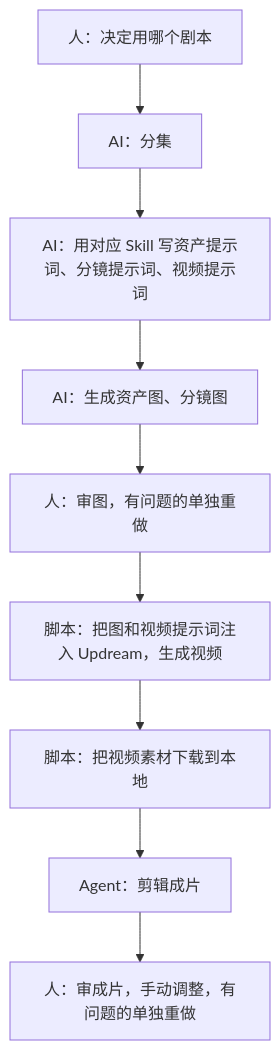
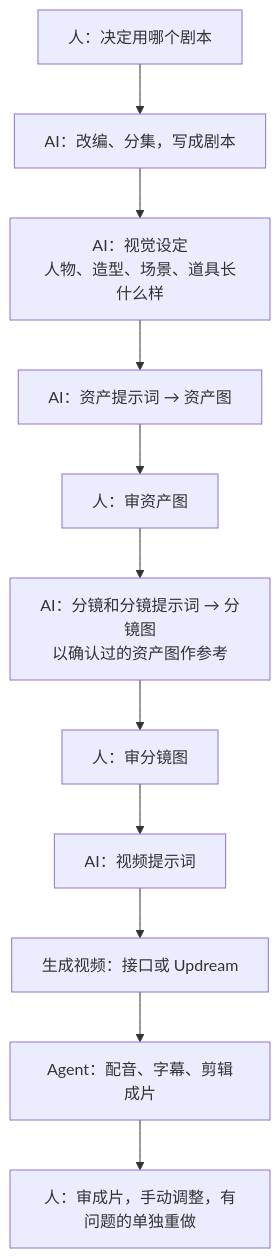
The diagram in docs/03-方案设想.md (76776198xiong-stack/duanju-workflow), drawn with Mermaid before and after one commit. The commit also changed other lines of this file and 3 other files, not shown here.

First line of the commit message:
docs: 第一次测试改为用 drama-skills 做第一集到出图；流程补视觉设定层，人工环节改为四处

````diff
--- a/docs/03-方案设想.md
+++ b/docs/03-方案设想.md
@@ -17,11 +17,13 @@
 ```mermaid
 flowchart TD
-    H1[人：决定用哪个剧本] --> S[AI：分集]
-    S --> P[AI：用对应 Skill 写资产提示词、分镜提示词、视频提示词]
-    P --> G[AI：生成资产图、分镜图]
-    G --> H2[人：审图，有问题的单独重做]
-    H2 --> U[脚本：把图和视频提示词注入 Updream，生成视频]
-    U --> D[脚本：把视频素材下载到本地]
-    D --> E[Agent：剪辑成片]
-    E --> H3[人：审成片，手动调整，有问题的单独重做]
+    H1[人：决定用哪个剧本] --> S[AI：改编、分集，写成剧本]
+    S --> V[AI：视觉设定<br>人物、造型、场景、道具长什么样]
+    V --> P1[AI：资产提示词 → 资产图]
+    P1 --> H2[人：审资产图]
+    H2 --> P2[AI：分镜和分镜提示词 → 分镜图<br>以确认过的资产图作参考]
+    P2 --> H3[人：审分镜图]
+    H3 --> P3[AI：视频提示词]
+    P3 --> U[生成视频：接口或 Updream]
+    U --> E[Agent：配音、字幕、剪辑成片]
+    E --> H4[人：审成片，手动调整，有问题的单独重做]
 ```
````
